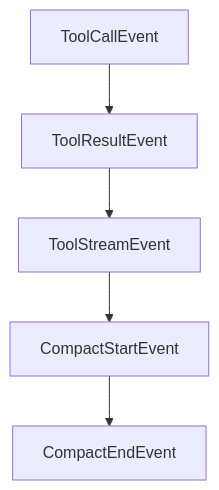
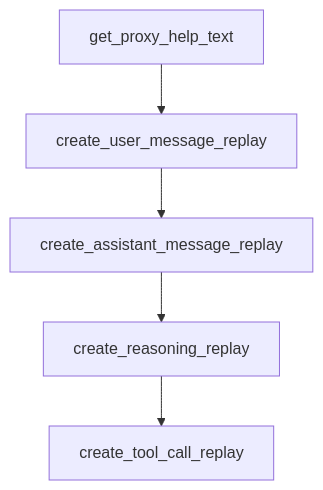
Before and after one commit to johnxie/awesome-code-docs: the diagram in tutorials/mistral-vibe-tutorial/06-programmatic-and-non-interactive-modes.md, drawn with Mermaid. The commit also changed other lines of this file and 1232 other files, not shown here.

````diff
--- a/tutorials/mistral-vibe-tutorial/06-programmatic-and-non-interactive-modes.md
+++ b/tutorials/mistral-vibe-tutorial/06-programmatic-and-non-interactive-modes.md
@@ -209,12 +207,12 @@
 ```mermaid
 flowchart TD
-    A[ToolCallEvent]
-    B[ToolResultEvent]
-    C[ToolStreamEvent]
-    D[CompactStartEvent]
-    E[CompactEndEvent]
+    A[get_proxy_help_text]
+    B[create_user_message_replay]
+    C[create_assistant_message_replay]
+    D[create_reasoning_replay]
+    E[create_tool_call_replay]
     A --> B
     B --> C
     C --> D
     D --> E
 ```
````
